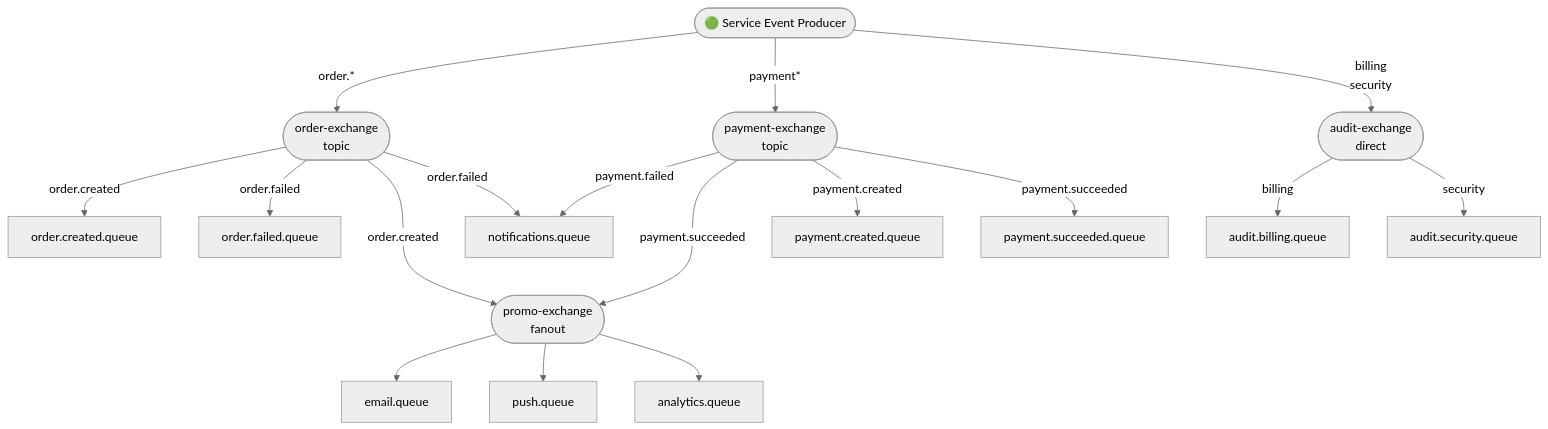
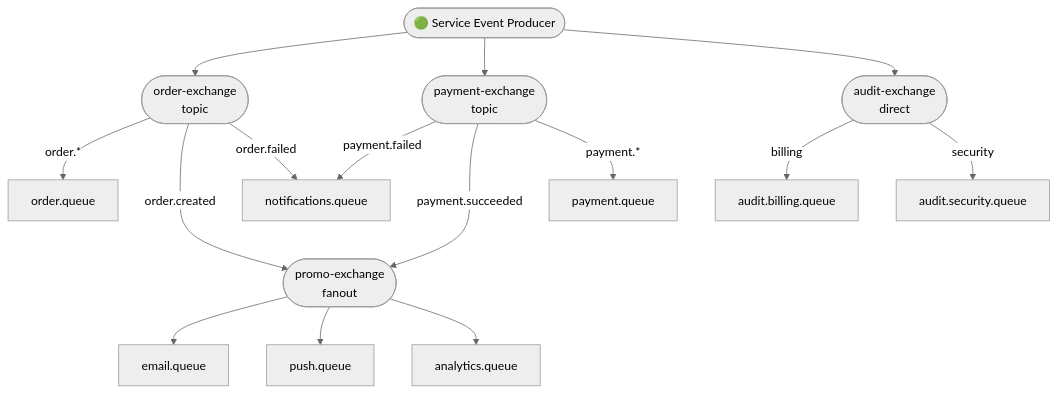
Before and after one commit to infinity-atom42/monorepo-example: the diagram in jobs/EXAMPLE.md, drawn with Mermaid (neutral theme). The commit also changed 20 other files, not shown here.

Commit message:
Refactor job examples to replace pub-sub implementation with rabbitmq-helper; update package.json and tsconfig.json dependencies accordingly. Remove obsolete email-example files and streamline order and payment job examples by simplifying service initialization and removing unnecessary logic.

````diff
--- a/jobs/EXAMPLE.md
+++ b/jobs/EXAMPLE.md
@@ -3,69 +3,65 @@
 ```mermaid
 flowchart TD
     %% =========================
     %% Publisher Service
     %% =========================
     PubService([🟢 Service Event Producer])
 
     %% =========================
     %% Order Domain
     %% =========================
     OX([order-exchange<br/>topic])
-    OCrea[order.created.queue]
-    OFail[order.failed.queue]
+    OQue[order.queue]
 
-    OX -->|order.created| OCrea
-    OX -->|order.failed| OFail
+    OX -->|order.*| OQue
 
     %% =========================
     %% Critical Notifications
     %% =========================
     NQ[notifications.queue]
 
     %% =========================
     %% Fanout: Promotions Example
     %% =========================
     FX([promo-exchange<br/>fanout])
     FEmail[email.queue]
     FPush[push.queue]
     FAnalytics[analytics.queue]
 
     FX --> FEmail
     FX --> FPush
     FX --> FAnalytics
 
     %% =========================
     %% Critical bindings & fanout bindings
     %% =========================
     OX --->|order.created| FX
     OX -->|order.failed| NQ
     PX -->|payment.failed| NQ
     PX --->|payment.succeeded| FX
 
     %% =========================
     %% Payment Domain
     %% =========================
     PX([payment-exchange<br/>topic])
-    PCreated[payment.created.queue]
-    PSucceeded[payment.succeeded.queue]
+    PQue[payment.queue]
 
-    PX -->|payment.created| PCreated
-    PX -->|payment.succeeded| PSucceeded
+    PX -->|payment.*| PQue
 
     %% =========================
     %% Publisher connections
     %% =========================
-    PubService -->|order.*| OX
-    PubService -->|payment*| PX
-    PubService -->|billing<br>security| AX
+    PubService --> OX
+    PubService --> PX
+    PubService --> AX
 
     %% =========================
     %% Direct: Audit Example
     %% =========================
     AX([audit-exchange<br/>direct])
     ABill[audit.billing.queue]
     ASec[audit.security.queue]
 
     AX -->|billing| ABill
     AX -->|security| ASec
 ```
````
